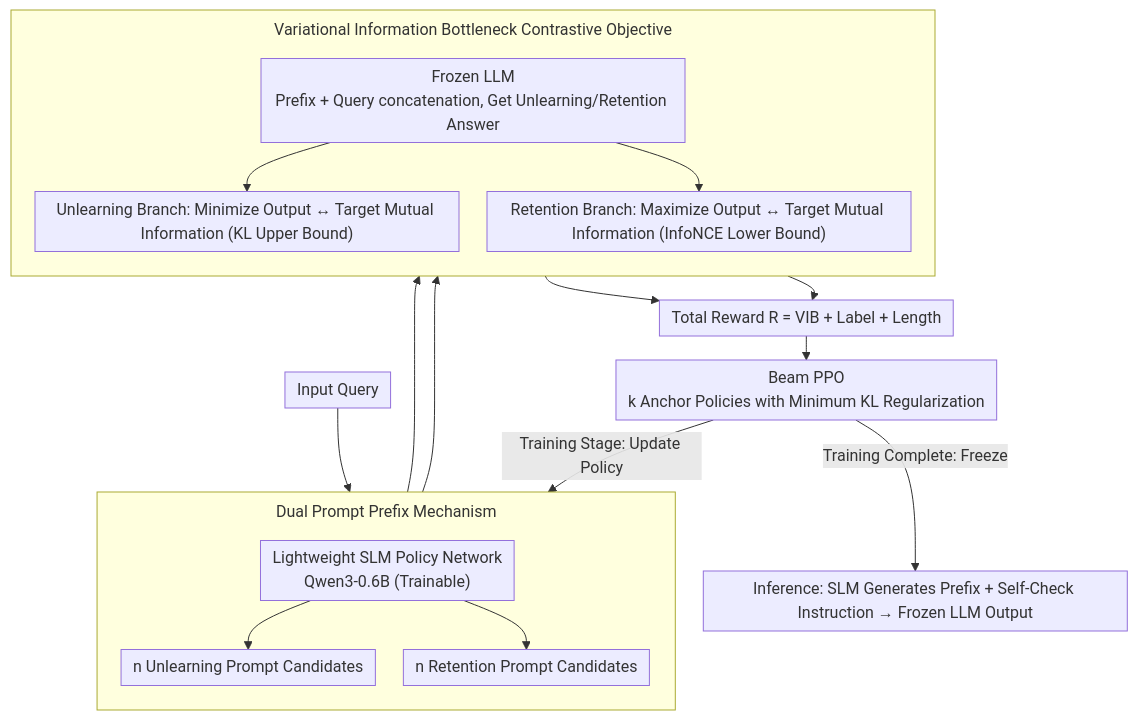
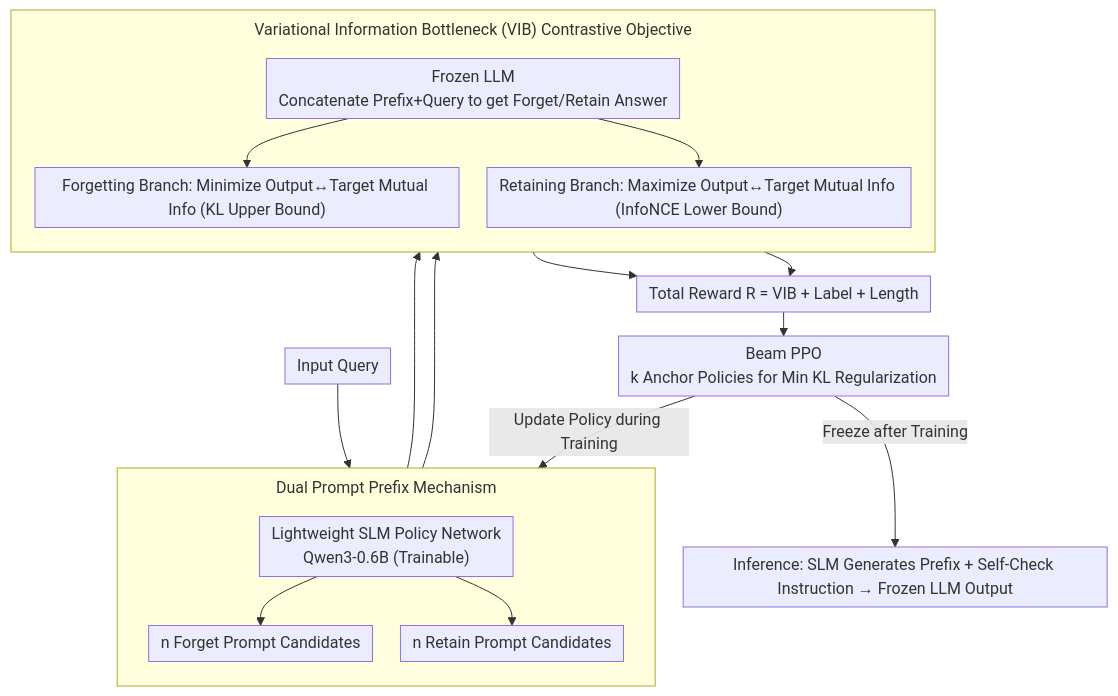
The diagram in docs/ACL2026/llm_safety/cap_controllable_alignment_prompting_for_unlearning_in_llms.md (zhaoyang97/Paper-Notes-en), drawn with Mermaid before and after one commit. The commit also changed other lines of this file and 5084 other files, not shown here.

````diff
--- a/docs/ACL2026/llm_safety/cap_controllable_alignment_prompting_for_unlearning_in_llms.md
+++ b/docs/ACL2026/llm_safety/cap_controllable_alignment_prompting_for_unlearning_in_llms.md
@@ -45,22 +45,22 @@
 ```mermaid
 %%{init: {'flowchart': {'rankSpacing': 24, 'nodeSpacing': 28, 'padding': 6, 'wrappingWidth': 400, 'subGraphTitleMargin': {'top': 8, 'bottom': 16}}}}%%
 flowchart TD
     Q["Input Query"] --> SLM["Lightweight SLM Policy Network<br/>Qwen3-0.6B (Trainable)"]
     subgraph DUAL["Dual Prompt Prefix Mechanism"]
         direction TB
-        SLM --> PF["n Unlearning Prompt Candidates"]
-        SLM --> PR["n Retention Prompt Candidates"]
+        SLM --> PF["n Forget Prompt Candidates"]
+        SLM --> PR["n Retain Prompt Candidates"]
     end
-    PF --> LLM["Frozen LLM<br/>Prefix + Query concatenation, Get Unlearning/Retention Answer"]
+    PF --> LLM["Frozen LLM<br/>Concatenate Prefix+Query to get Forget/Retain Answer"]
     PR --> LLM
-    subgraph VIB["Variational Information Bottleneck Contrastive Objective"]
+    subgraph VIB["Variational Information Bottleneck (VIB) Contrastive Objective"]
         direction TB
-        LLM --> MIN["Unlearning Branch: Minimize Output ↔ Target Mutual Information (KL Upper Bound)"]
-        LLM --> MAX["Retention Branch: Maximize Output ↔ Target Mutual Information (InfoNCE Lower Bound)"]
+        LLM --> MIN["Forgetting Branch: Minimize Output↔Target Mutual Info (KL Upper Bound)"]
+        LLM --> MAX["Retaining Branch: Maximize Output↔Target Mutual Info (InfoNCE Lower Bound)"]
     end
     MIN --> R["Total Reward R = VIB + Label + Length"]
     MAX --> R
-    R --> BPPO["Beam PPO <br/>k Anchor Policies with Minimum KL Regularization"]
-    BPPO -->|Training Stage: Update Policy| SLM
-    BPPO -->|Training Complete: Freeze| INF["Inference: SLM Generates Prefix + Self-Check Instruction → Frozen LLM Output"]
+    R --> BPPO["Beam PPO<br/>k Anchor Policies for Min KL Regularization"]
+    BPPO -->|Update Policy during Training| SLM
+    BPPO -->|Freeze after Training| INF["Inference: SLM Generates Prefix + Self-Check Instruction → Frozen LLM Output"]
 ```
````
